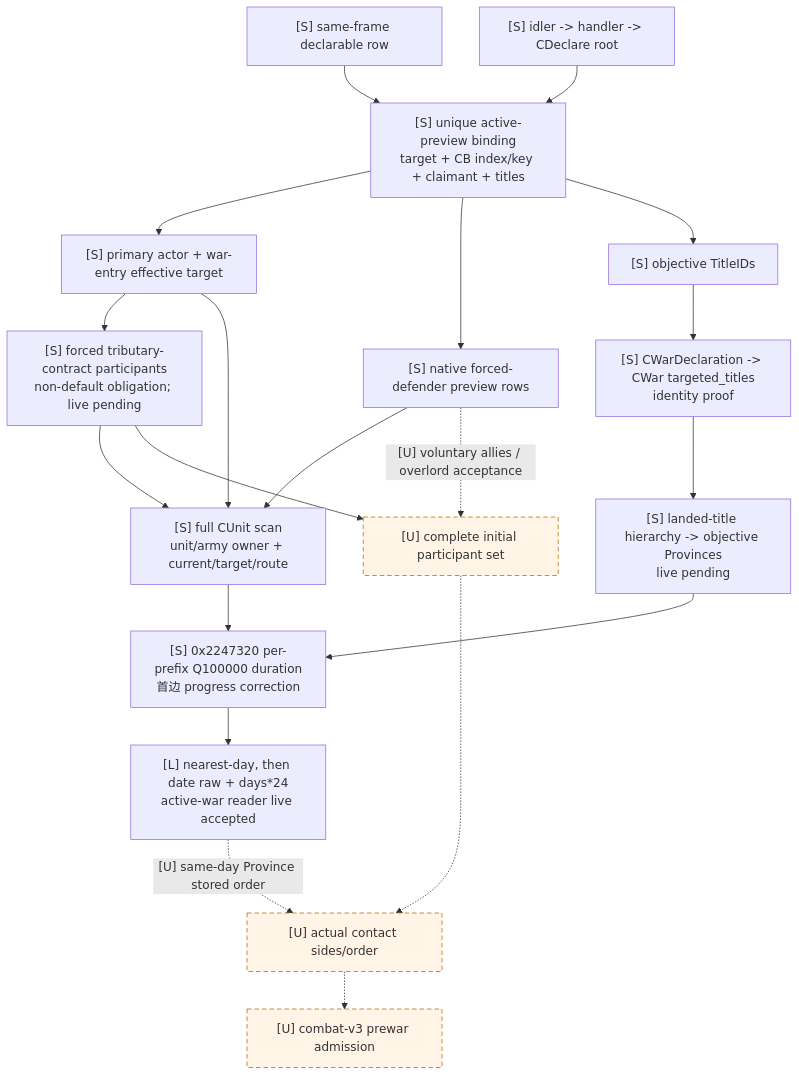
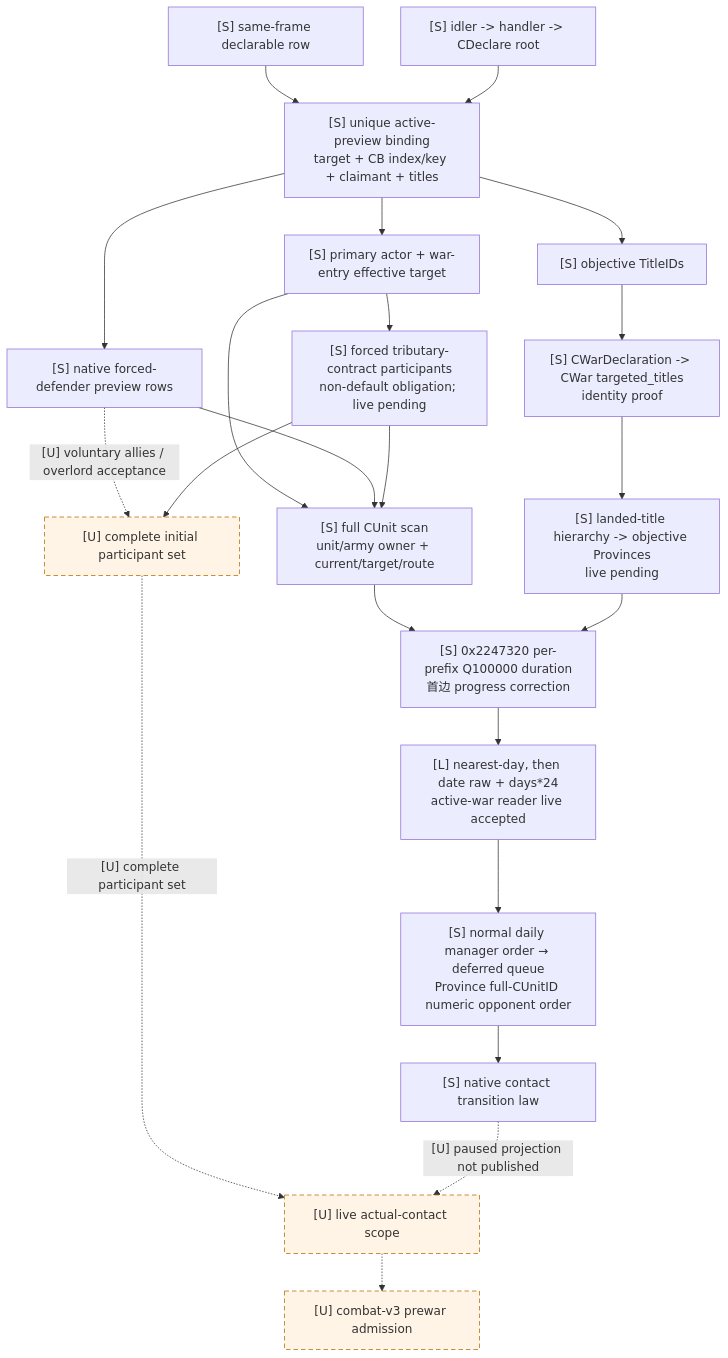
One commit to XenoAmess/ck3_eternal_recurrence changed the diagram in docs/ck3-native-ai/prewar-encounter-inputs.md. Above: the diagram before and after it, drawn with Mermaid. The commit also changed other lines of this file and 54 other files, not shown here.

Commit message:
Add live exact contact and combat observation

````diff
--- a/docs/ck3-native-ai/prewar-encounter-inputs.md
+++ b/docs/ck3-native-ai/prewar-encounter-inputs.md
@@ -469,24 +472,26 @@
 ```mermaid
 flowchart TD
     D["[S] same-frame declarable row"] --> B["[S] unique active-preview binding<br/>target + CB index/key + claimant + titles"]
     R["[S] idler -> handler -> CDeclare root"] --> B
     B --> P["[S] primary actor + war-entry effective target"]
     B --> F["[S] native forced-defender preview rows"]
     P --> S["[S] forced tributary-contract participants<br/>non-default obligation; live pending"]
     P --> U["[S] full CUnit scan<br/>unit/army owner + current/target/route"]
     F --> U
     S --> U
     B --> T["[S] objective TitleIDs"]
     F -. "[U] voluntary allies / overlord acceptance" .-> J["[U] complete initial participant set"]
     S --> J
     T --> W["[S] CWarDeclaration -> CWar targeted_titles<br/>identity proof"]
     W --> O["[S] landed-title hierarchy -> objective Provinces<br/>live pending"]
     U --> Q["[S] 0x2247320 per-prefix Q100000 duration<br/>首边 progress correction"]
     O --> Q
     Q --> A["[L] nearest-day, then date raw + days*24<br/>active-war reader live accepted"]
-    A -. "[U] same-day Province stored order" .-> C["[U] actual contact sides/order"]
-    J -.-> C
-    C -.-> V["[U] combat-v3 prewar admission"]
+    A --> SDO["[S] normal daily manager order → deferred queue<br/>Province full-CUnitID numeric opponent order"]
+    SDO --> C["[S] native contact transition law"]
+    J -. "[U] complete participant set" .-> L["[U] live actual-contact scope"]
+    C -. "[U] paused projection not published" .-> L
+    L -.-> V["[U] combat-v3 prewar admission"]
     classDef unknown stroke-dasharray: 6 4,fill:#fff4e5,stroke:#b36b00;
-    class J,C,V unknown;
+    class J,L,V unknown;
 ```
````
